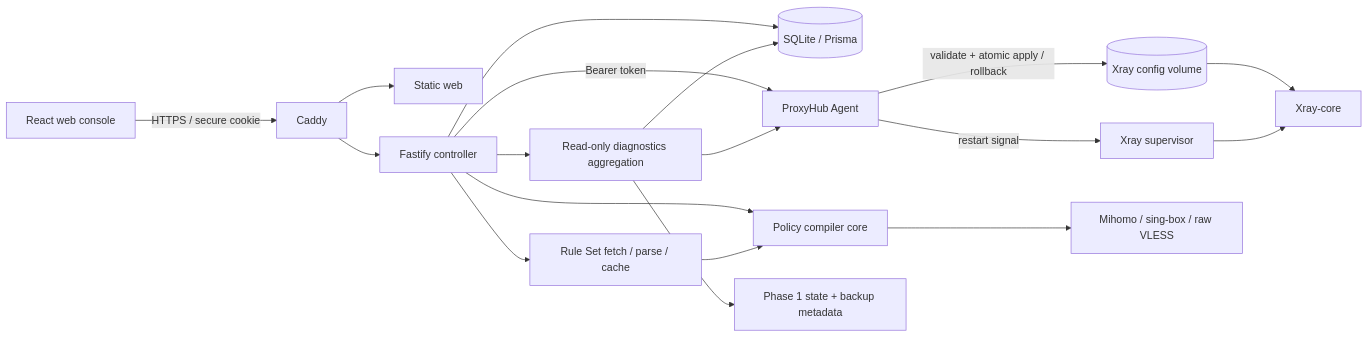
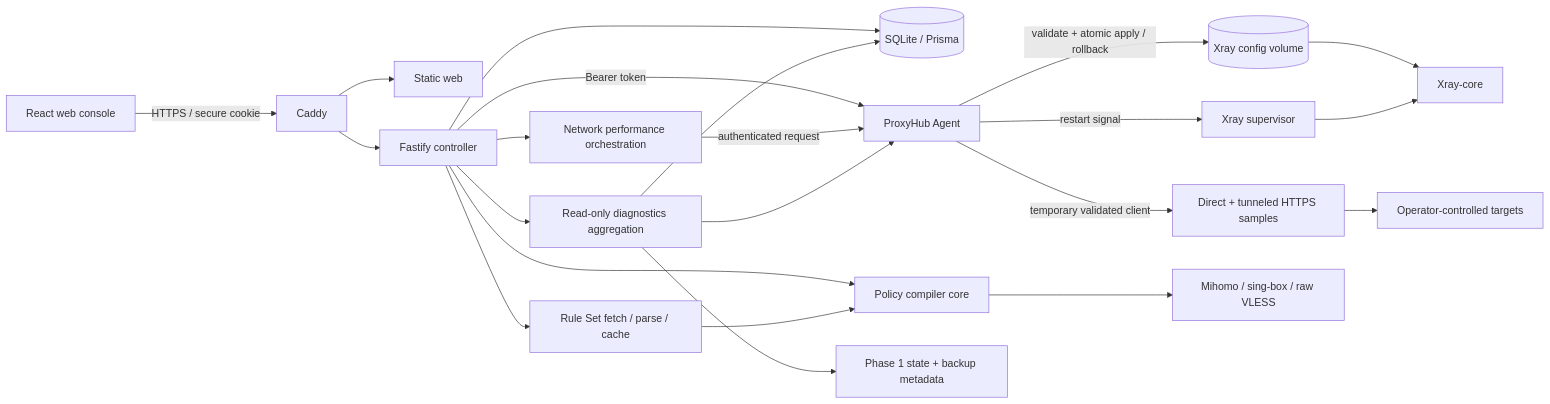
One commit to TNMMDLA/ProxyHub changed the diagram in README.md. Above: the diagram before and after it, drawn with Mermaid. The commit also changed other lines of this file and 6 other files, not shown here.

Commit message:
docs: document v0.4 network performance

````diff
--- a/README.md
+++ b/README.md
@@ -56,20 +58,24 @@
 ```mermaid
 flowchart LR
   Browser["React web console"] -->|HTTPS / secure cookie| Caddy
   Caddy --> Web["Static web"]
   Caddy --> API["Fastify controller"]
   API --> DB[("SQLite / Prisma")]
   API -->|Bearer token| Agent["ProxyHub Agent"]
   Agent -->|validate + atomic apply / rollback| Config[("Xray config volume")]
   Agent -->|restart signal| Supervisor["Xray supervisor"]
   Config --> Xray["Xray-core"]
   Supervisor --> Xray
   API --> Policy["Policy compiler core"]
   API --> Rules["Rule Set fetch / parse / cache"]
   API --> Diagnostics["Read-only diagnostics aggregation"]
+  API --> Performance["Network performance orchestration"]
+  Performance -->|authenticated request| Agent
+  Agent -->|temporary validated client| Benchmark["Direct + tunneled HTTPS samples"]
+  Benchmark --> Targets["Operator-controlled targets"]
   Diagnostics --> Agent
   Diagnostics --> DB
   Diagnostics --> Ops["Phase 1 state + backup metadata"]
   Rules --> Policy
   Policy --> Sub["Mihomo / sing-box / raw VLESS"]
 ```
````
